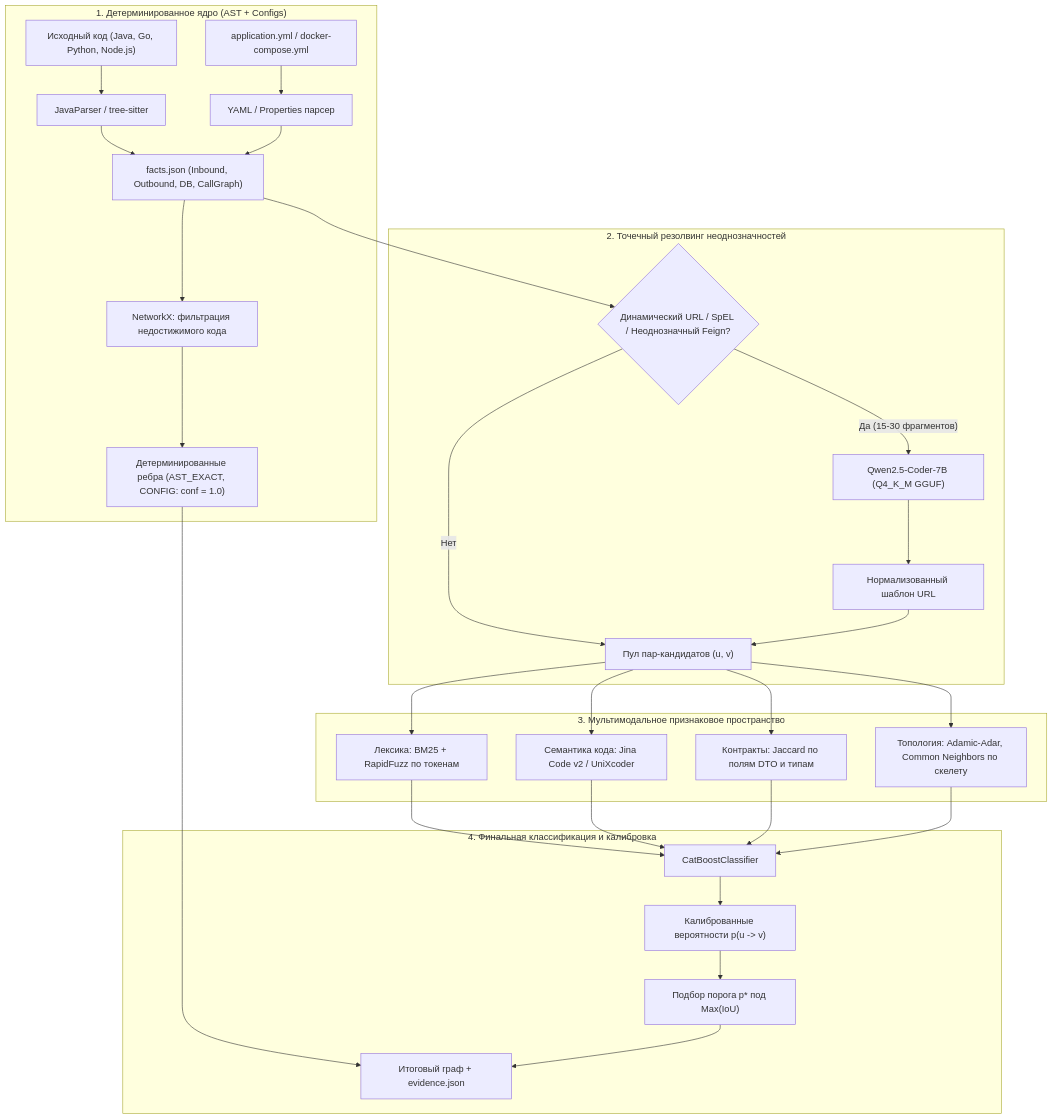
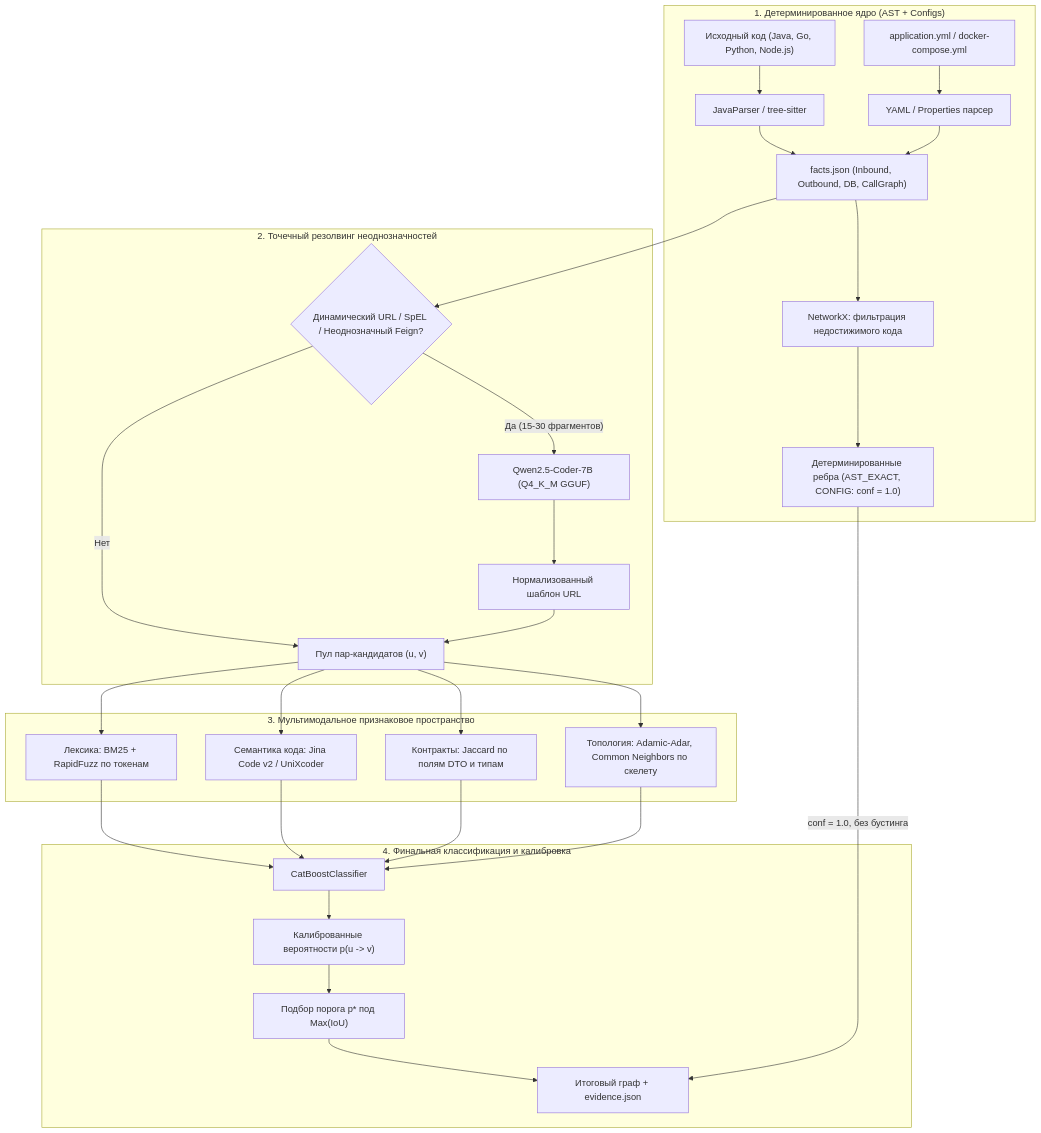
One commit to teamv39/archonity changed the first of 2 diagrams in docs/rfc-02_multimodal_ai_architecture.md. Above: the diagram before and after it, drawn with Mermaid. The commit also changed other lines of this file, not shown here.

Commit message:
docs: fix review issues in rfc-02 (headers, diagram, examples, deps)

````diff
--- a/docs/rfc-02_multimodal_ai_architecture.md
+++ b/docs/rfc-02_multimodal_ai_architecture.md
@@ -31,32 +31,33 @@
 ```mermaid
 flowchart TD
     subgraph S1["1. Детерминированное ядро (AST + Configs)"]
         SRC["Исходный код (Java, Go, Python, Node.js)"] --> AST["JavaParser / tree-sitter"]
         CFG["application.yml / docker-compose.yml"] --> CNF["YAML / Properties парсер"]
         AST & CNF --> FACTS["facts.json (Inbound, Outbound, DB, CallGraph)"]
         FACTS --> REACH["NetworkX: фильтрация недостижимого кода"]
         REACH --> DET_EDGES["Детерминированные ребра (AST_EXACT, CONFIG: conf = 1.0)"]
     end
 
     subgraph S2["2. Точечный резолвинг неоднозначностей"]
         FACTS --> UNRES{"Динамический URL / SpEL / Неоднозначный Feign?"}
         UNRES -- "Да (15-30 фрагментов)" --> LLM["Qwen2.5-Coder-7B (Q4_K_M GGUF)"]
         LLM --> NORM_URL["Нормализованный шаблон URL"]
         UNRES -- "Нет" --> PAIRS["Пул пар-кандидатов (u, v)"]
         NORM_URL --> PAIRS
     end
 
     subgraph S3["3. Мультимодальное признаковое пространство"]
         PAIRS --> F_LEX["Лексика: BM25 + RapidFuzz по токенам"]
         PAIRS --> F_EMB["Семантика кода: Jina Code v2 / UniXcoder"]
         PAIRS --> F_DTO["Контракты: Jaccard по полям DTO и типам"]
         PAIRS --> F_TOP["Топология: Adamic-Adar, Common Neighbors по скелету"]
     end
 
     subgraph S4["4. Финальная классификация и калибровка"]
         F_LEX & F_EMB & F_DTO & F_TOP --> CAT["CatBoostClassifier"]
         CAT --> PROB["Калиброванные вероятности p(u -> v)"]
         PROB --> OPT["Подбор порога p* под Max(IoU)"]
-        DET_EDGES & OPT --> OUT["Итоговый граф + evidence.json"]
+        OPT --> OUT["Итоговый граф + evidence.json"]
+        DET_EDGES -- "conf = 1.0, без бустинга" --> OUT
     end
 ```
````
